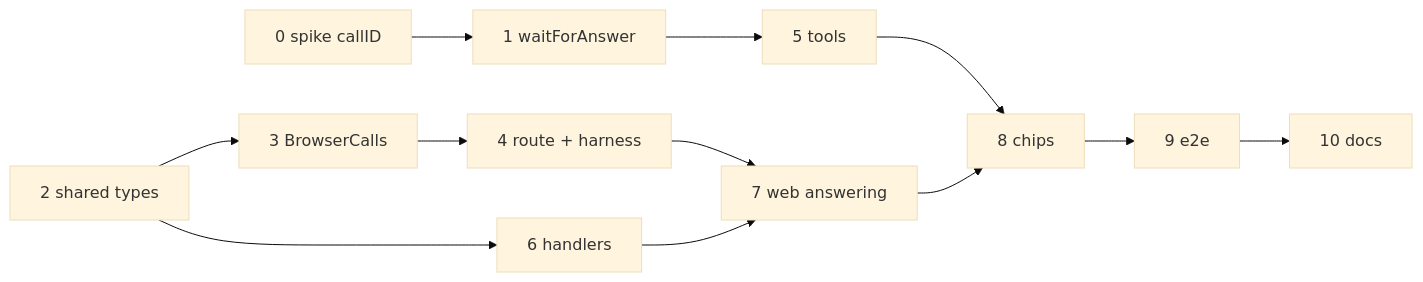
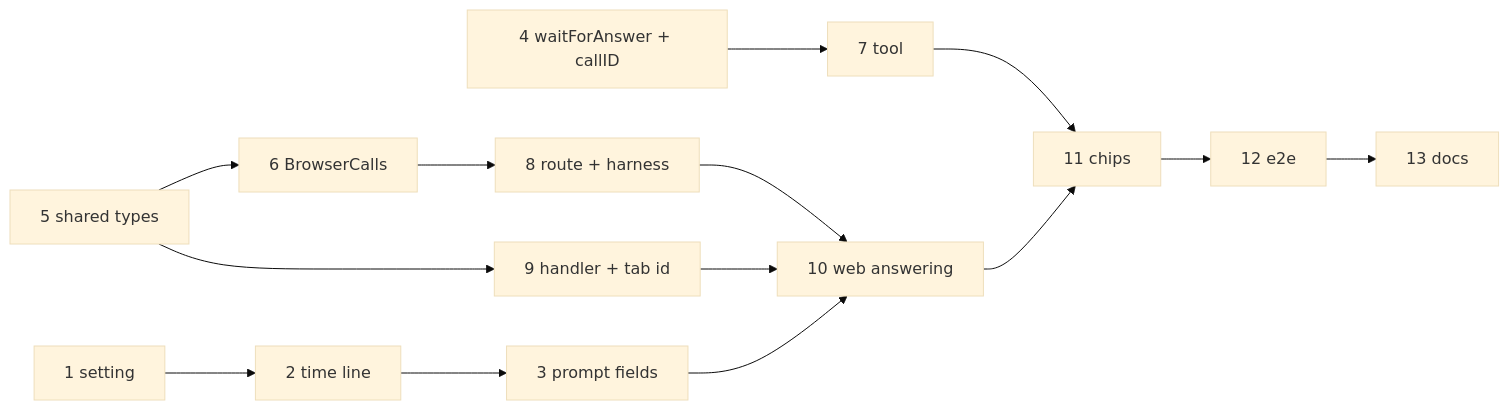
One commit to tillg/karpathy.app changed the diagram in specs/changes/browser-tools/plan.md. Above: the diagram before and after it, drawn with Mermaid (base theme). The commit also changed other lines of this file and 38 other files, not shown here.

First line of the commit message:
browser-tools: local time and position from the browser (#151)

````diff
--- a/specs/changes/browser-tools/plan.md
+++ b/specs/changes/browser-tools/plan.md
@@ -16,7 +17,9 @@
 ```mermaid
 flowchart LR
-  0[0 spike callID] --> 1[1 waitForAnswer] --> 5[5 tools]
-  2[2 shared types] --> 3[3 BrowserCalls] --> 4[4 route + harness] --> 7[7 web answering]
-  2 --> 6[6 handlers] --> 7
-  5 & 7 --> 8[8 chips] --> 9[9 e2e] --> 10[10 docs]
+  1[1 setting] --> 2[2 time line] --> 3[3 prompt fields]
+  4[4 waitForAnswer + callID] --> 7[7 tool]
+  5[5 shared types] --> 6[6 BrowserCalls] --> 8[8 route + harness] --> 10[10 web answering]
+  5 --> 9[9 handler + tab id] --> 10
+  3 --> 10
+  7 & 10 --> 11[11 chips] --> 12[12 e2e] --> 13[13 docs]
 ```
````
